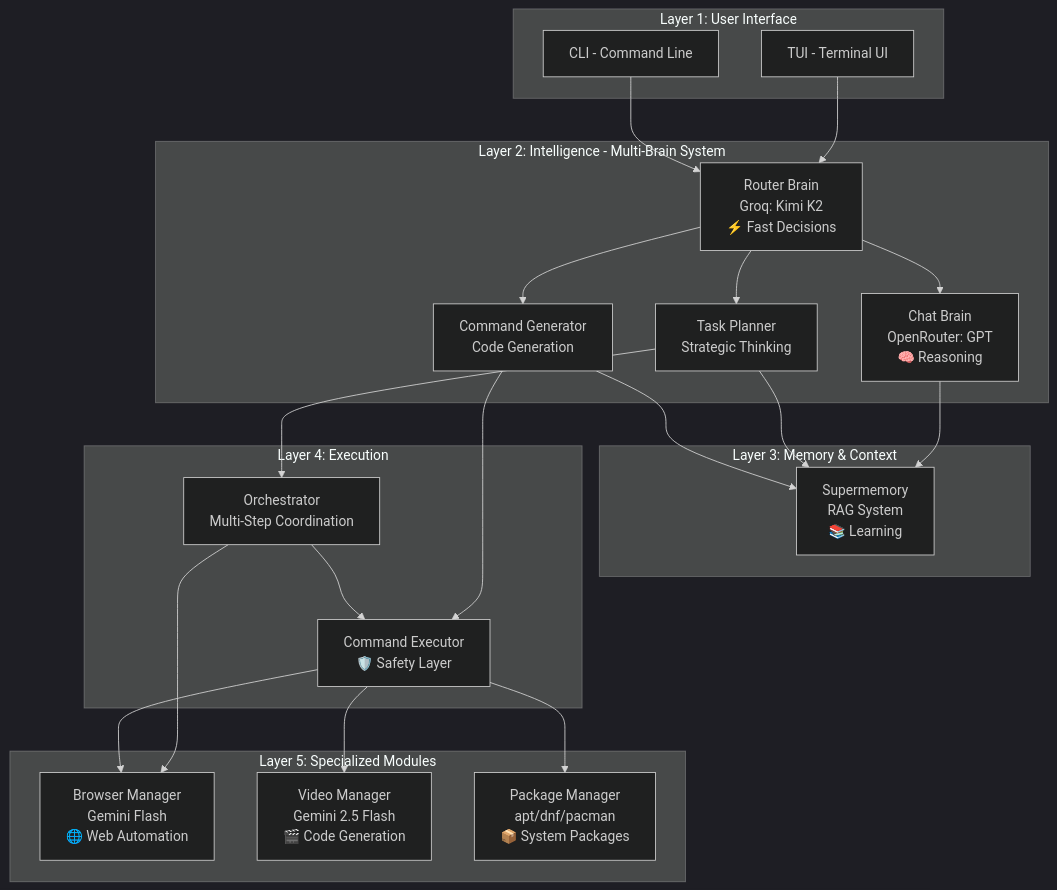
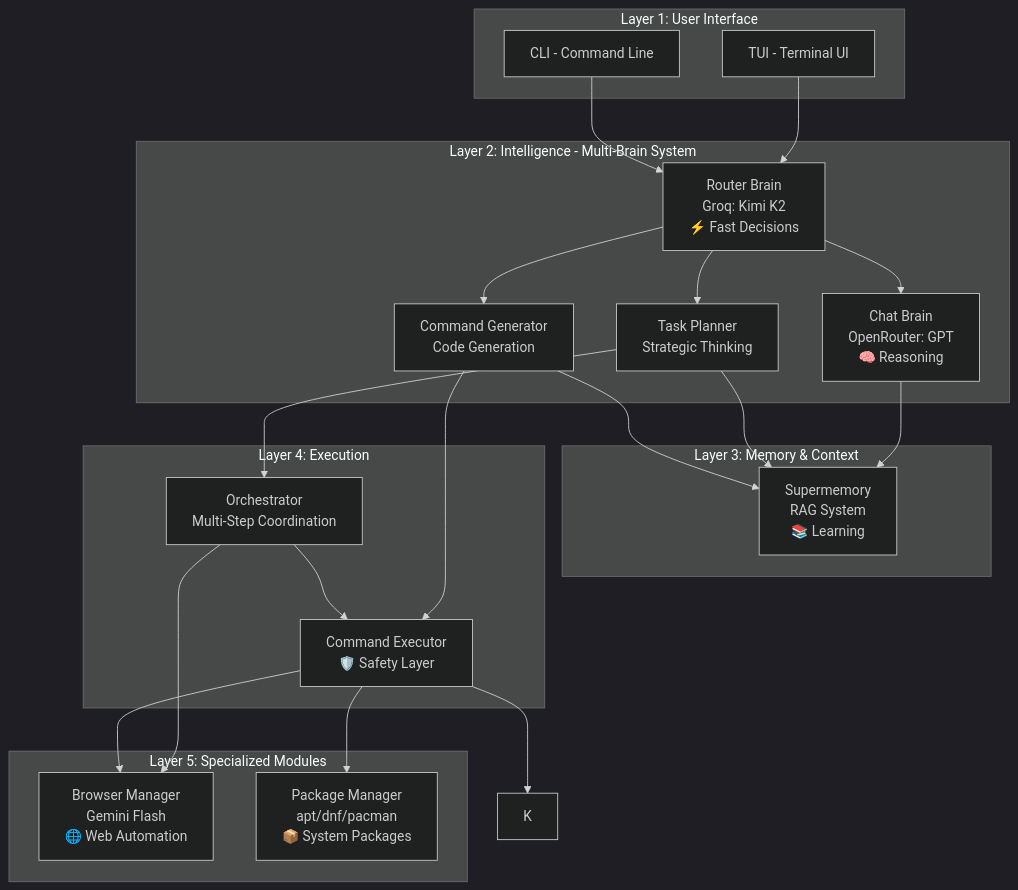
The first of 6 diagrams in architecture_overview.md (Garvit1000/nexus), drawn with Mermaid (dark theme) before and after one commit. The commit also changed other lines of this file and 7 other files, not shown here.

````diff
--- a/architecture_overview.md
+++ b/architecture_overview.md
@@ -11,45 +11,44 @@
 ```mermaid
 graph TB
     subgraph "Layer 1: User Interface"
         A[TUI - Terminal UI]
         B[CLI - Command Line]
     end
     
     subgraph "Layer 2: Intelligence - Multi-Brain System"
         C[Router Brain<br/>Groq: Kimi K2<br/>⚡ Fast Decisions]
         D[Chat Brain<br/>OpenRouter: GPT<br/>🧠 Reasoning]
         E[Task Planner<br/>Strategic Thinking]
         F[Command Generator<br/>Code Generation]
     end
     
     subgraph "Layer 3: Memory & Context"
         G[Supermemory<br/>RAG System<br/>📚 Learning]
     end
     
     subgraph "Layer 4: Execution"
         H[Orchestrator<br/>Multi-Step Coordination]
         I[Command Executor<br/>🛡️ Safety Layer]
     end
     
     subgraph "Layer 5: Specialized Modules"
         J[Browser Manager<br/>Gemini Flash<br/>🌐 Web Automation]
-        K[Video Manager<br/>Gemini 2.5 Flash<br/>🎬 Code Generation]
         L[Package Manager<br/>apt/dnf/pacman<br/>📦 System Packages]
     end
     
     A --> C
     B --> C
     C --> D
     C --> E
     C --> F
     D --> G
     E --> G
     F --> G
     E --> H
     F --> I
     H --> I
     H --> J
     I --> J
     I --> K
     I --> L
 ```
````
